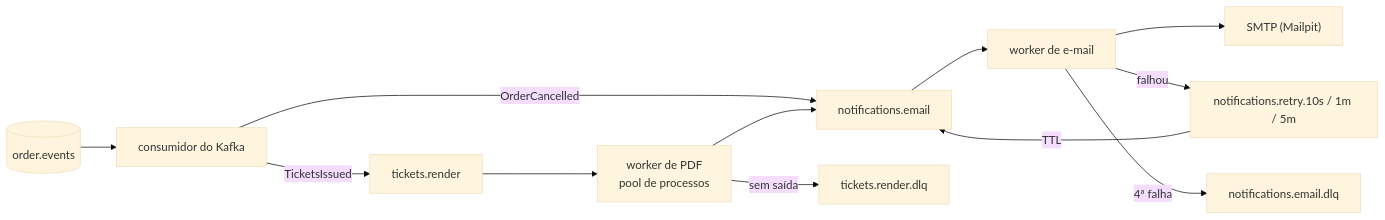
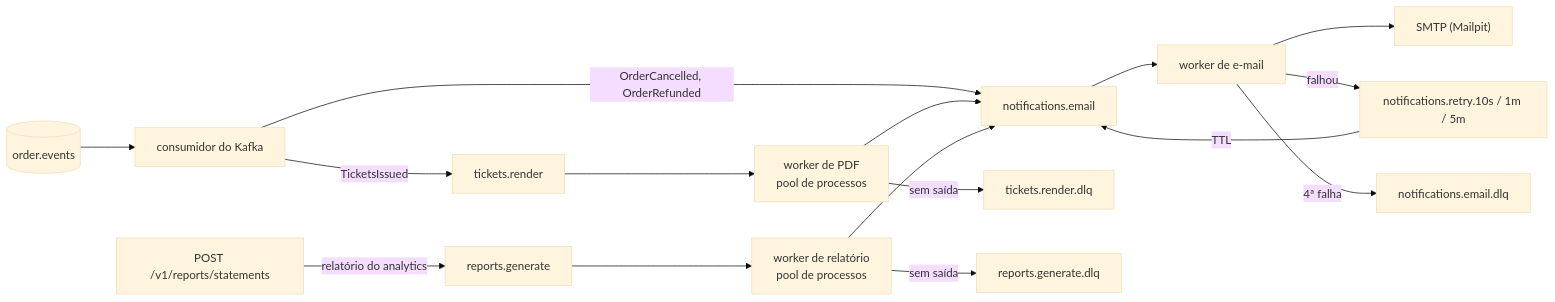
Before and after one commit to CezarGarcia/Lotou: the diagram in services/notification-service/README.md, drawn with Mermaid (base theme). The commit also changed other lines of this file and 30 other files, not shown here.

````diff
--- a/services/notification-service/README.md
+++ b/services/notification-service/README.md
@@ -7,11 +7,14 @@
 ```mermaid
 flowchart LR
     K[("order.events")] --> C["consumidor do Kafka"]
     C -- "TicketsIssued" --> R["tickets.render"]
-    C -- "OrderCancelled" --> E["notifications.email"]
+    C -- "OrderCancelled, OrderRefunded" --> E["notifications.email"]
     R --> W["worker de PDF<br/>pool de processos"] --> E
+    P["POST /v1/reports/statements"] -- "relatório do analytics" --> G["reports.generate"]
+    G --> WR["worker de relatório<br/>pool de processos"] --> E
     E --> M["worker de e-mail"] --> S["SMTP (Mailpit)"]
     M -- "falhou" --> T["notifications.retry.10s / 1m / 5m"] -- "TTL" --> E
     M -- "4ª falha" --> D["notifications.email.dlq"]
     W -- "sem saída" --> RD["tickets.render.dlq"]
+    WR -- "sem saída" --> GD["reports.generate.dlq"]
 ```
````
